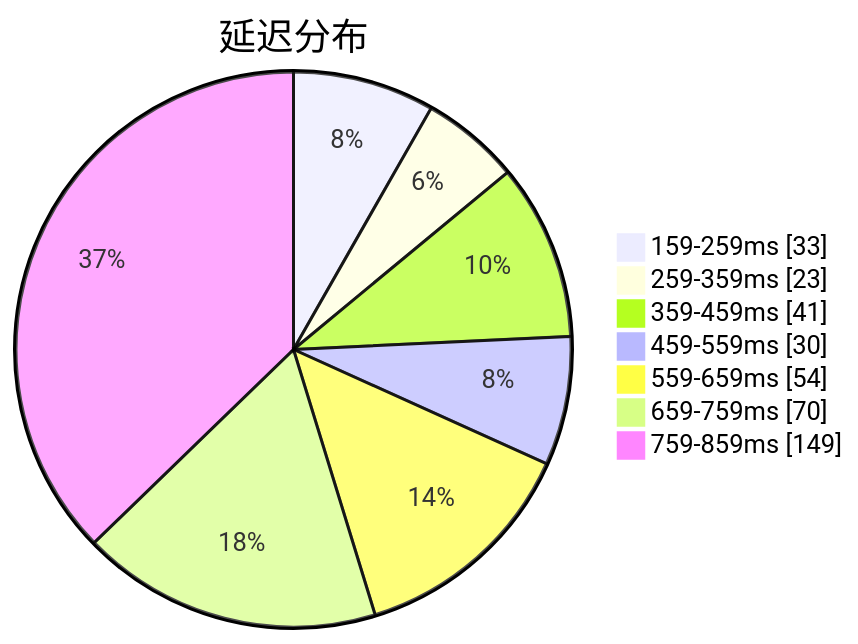
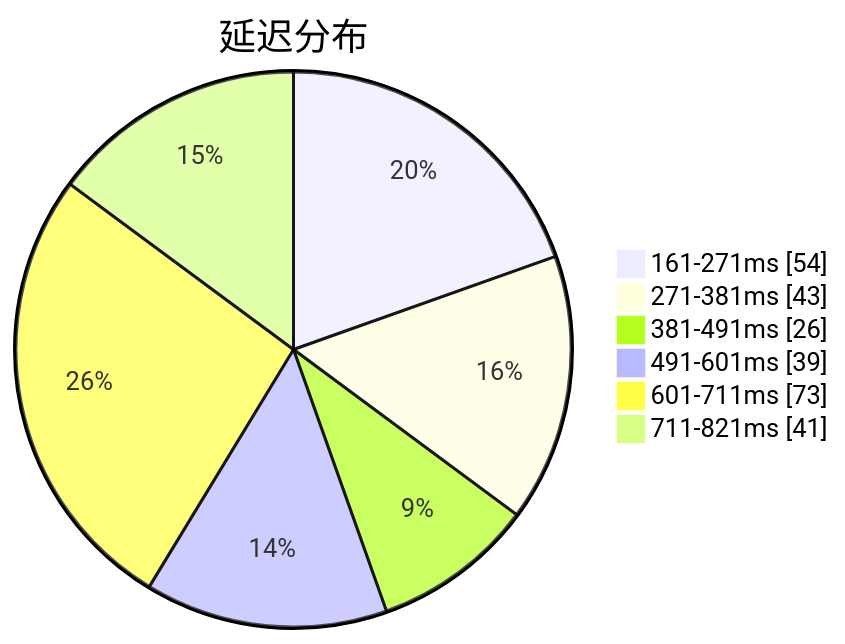
The first of 3 diagrams in subs/statistics/tested_within.md (qjlxg/airport), drawn with Mermaid before and after one commit. The commit also changed other lines of this file and 2 other files, not shown here.

````diff
--- a/subs/statistics/tested_within.md
+++ b/subs/statistics/tested_within.md
@@ -2,11 +2,10 @@
 ```mermaid
 pie showData
 title 延迟分布
-"159-259ms" : 33
-"259-359ms" : 23
-"359-459ms" : 41
-"459-559ms" : 30
-"559-659ms" : 54
-"659-759ms" : 70
-"759-859ms" : 149
+"161-271ms" : 54
+"271-381ms" : 43
+"381-491ms" : 26
+"491-601ms" : 39
+"601-711ms" : 73
+"711-821ms" : 41
 ```
````
